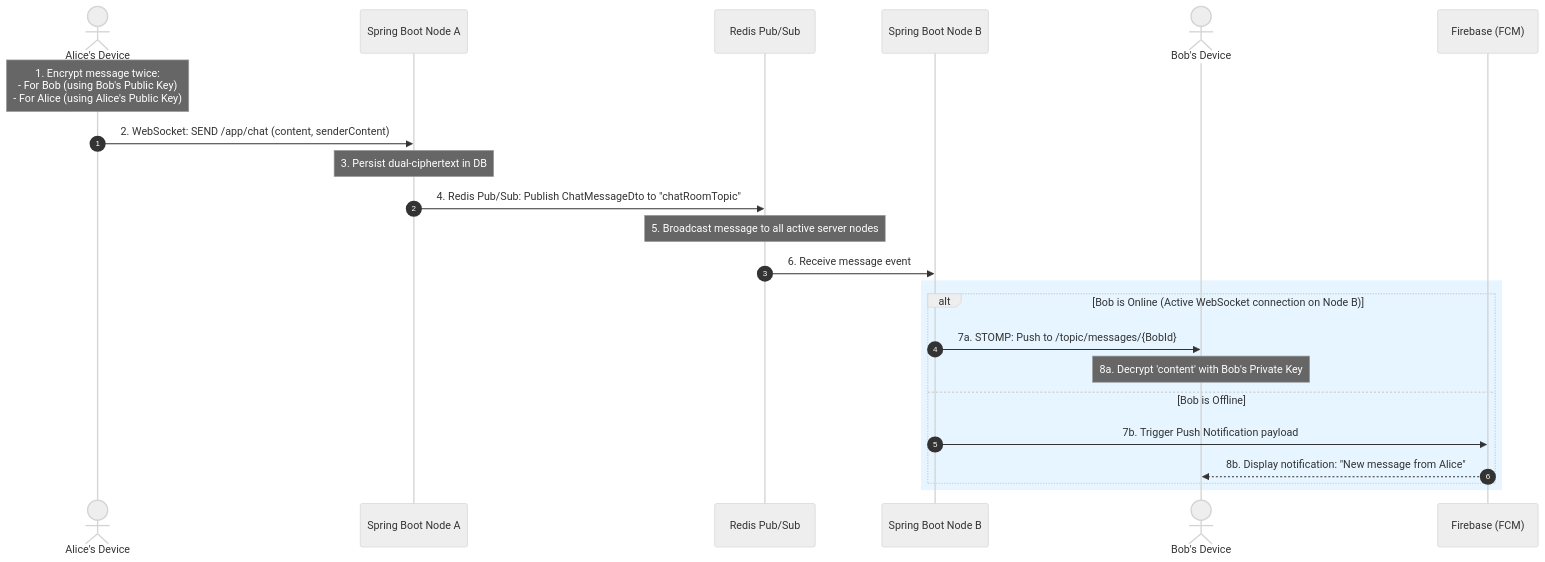
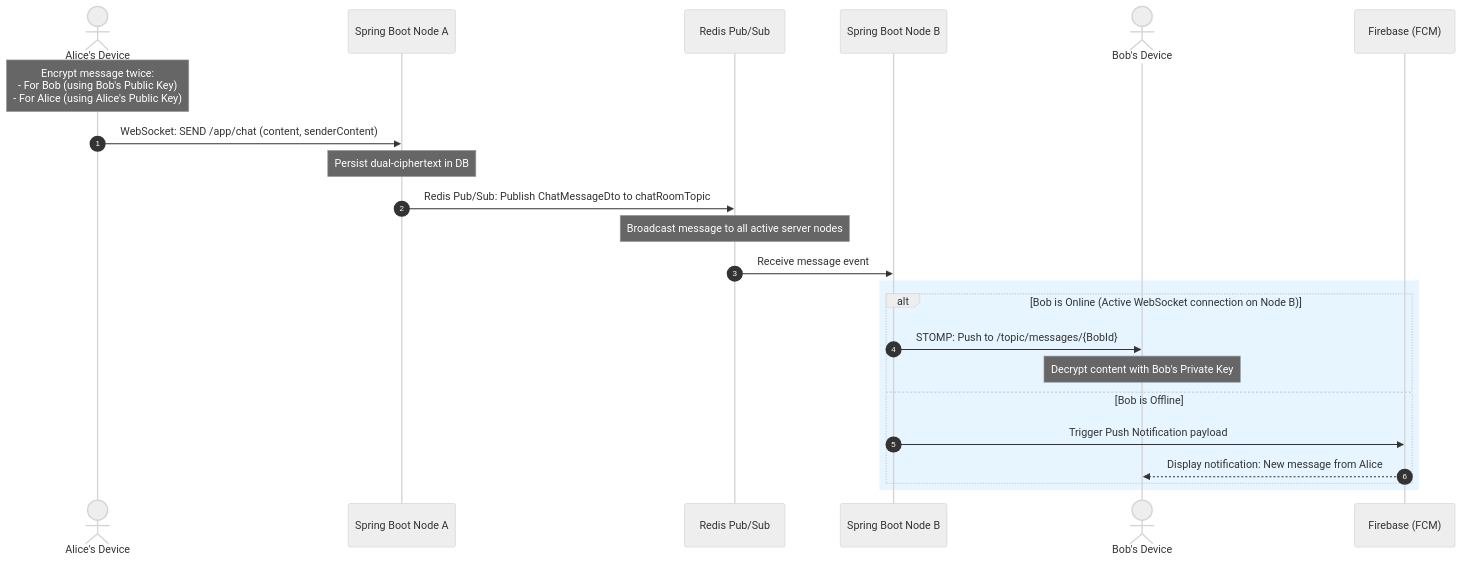
Before and after one commit to sriharigacharya/ChatAppUsingSB: the third of 3 diagrams in Report Deatails.md, drawn with Mermaid (neutral theme). The commit also changed other lines of this file and 6 other files, not shown here.

````diff
--- a/Report Deatails.md
+++ b/Report Deatails.md
@@ -359,26 +359,26 @@
 ```mermaid
 sequenceDiagram
     autonumber
     actor Alice as Alice's Device
     participant BackendA as Spring Boot Node A
     participant Redis as Redis Pub/Sub
     participant BackendB as Spring Boot Node B
     actor Bob as Bob's Device
     participant FCM as Firebase (FCM)
 
-    Note over Alice: 1. Encrypt message twice:<br/>- For Bob (using Bob's Public Key)<br/>- For Alice (using Alice's Public Key)
-    Alice->>BackendA: 2. WebSocket: SEND /app/chat (content, senderContent)
-    Note over BackendA: 3. Persist dual-ciphertext in DB
-    BackendA->>Redis: 4. Redis Pub/Sub: Publish ChatMessageDto to "chatRoomTopic"
-    Note over Redis: 5. Broadcast message to all active server nodes
-    Redis->>BackendB: 6. Receive message event
+    Note over Alice: Encrypt message twice:<br/>- For Bob (using Bob's Public Key)<br/>- For Alice (using Alice's Public Key)
+    Alice->>BackendA: WebSocket: SEND /app/chat (content, senderContent)
+    Note over BackendA: Persist dual-ciphertext in DB
+    BackendA->>Redis: Redis Pub/Sub: Publish ChatMessageDto to chatRoomTopic
+    Note over Redis: Broadcast message to all active server nodes
+    Redis->>BackendB: Receive message event
     rect rgb(230, 245, 255)
         alt Bob is Online (Active WebSocket connection on Node B)
-            BackendB->>Bob: 7a. STOMP: Push to /topic/messages/{BobId}
-            Note over Bob: 8a. Decrypt 'content' with Bob's Private Key
+            BackendB->>Bob: STOMP: Push to /topic/messages/{BobId}
+            Note over Bob: Decrypt content with Bob's Private Key
         else Bob is Offline
-            BackendB->>FCM: 7b. Trigger Push Notification payload
-            FCM-->>Bob: 8b. Display notification: "New message from Alice"
+            BackendB->>FCM: Trigger Push Notification payload
+            FCM-->>Bob: Display notification: New message from Alice
         end
     end
 ```
````
